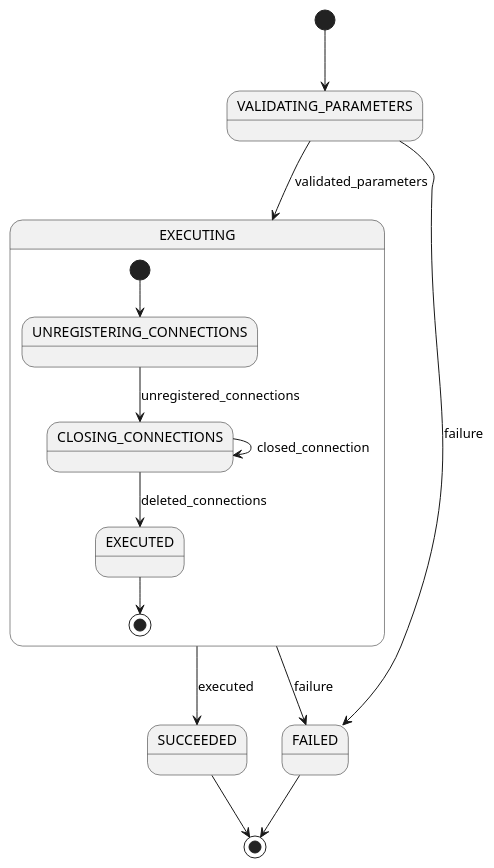
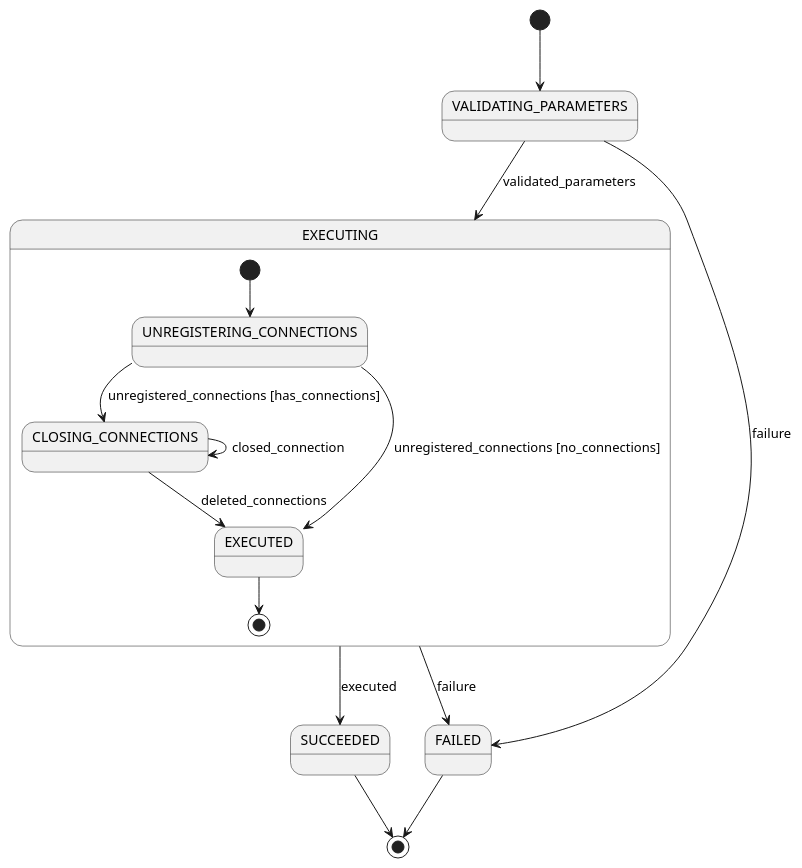
The diagram in architecture-diagrams/mgcp/mgcp-command-dlcx-state.puml (RestComm/media-core), drawn with PlantUML before and after one commit.

Commit message:
#467 Update state diagram for MGCP DLCX.

```diff
--- a/architecture-diagrams/mgcp/mgcp-command-dlcx-state.puml
+++ b/architecture-diagrams/mgcp/mgcp-command-dlcx-state.puml
@@ -1,23 +1,24 @@
 @startuml
 state EXECUTING {
 
 [*] --> UNREGISTERING_CONNECTIONS
-UNREGISTERING_CONNECTIONS --> CLOSING_CONNECTIONS : unregistered_connections
+UNREGISTERING_CONNECTIONS --> CLOSING_CONNECTIONS : unregistered_connections [has_connections]
+UNREGISTERING_CONNECTIONS --> EXECUTED : unregistered_connections [no_connections]
 CLOSING_CONNECTIONS -> CLOSING_CONNECTIONS : closed_connection
 CLOSING_CONNECTIONS --> EXECUTED : deleted_connections
 EXECUTED --> [*]
 
 }
 
 
 [*] --> VALIDATING_PARAMETERS
 
 VALIDATING_PARAMETERS --> FAILED : failure
 VALIDATING_PARAMETERS --> EXECUTING : validated_parameters
 
 EXECUTING --> FAILED : failure
 EXECUTING --> SUCCEEDED : executed
 
 SUCCEEDED --> [*]
 FAILED --> [*]
 @enduml
```
